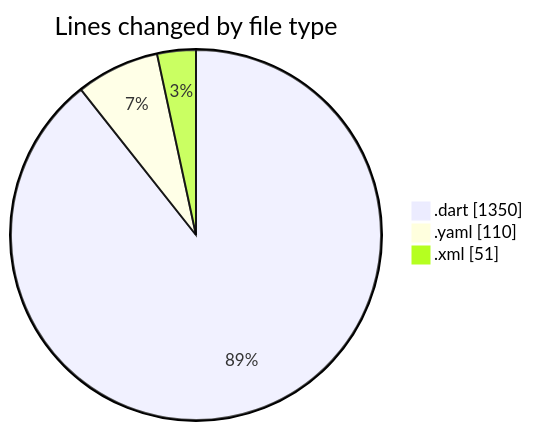
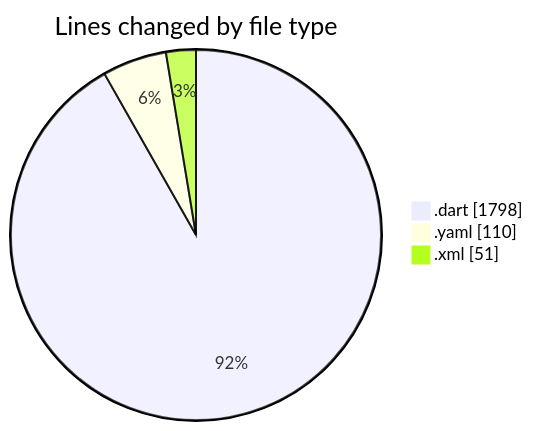
Before and after one commit to lephambinh05/code-tracking: the first of 2 diagrams in 2025-07-31/studybuddy/README.md, drawn with Mermaid. The commit also changed other lines of this file and 1 other file, not shown here.

````diff
--- a/2025-07-31/studybuddy/README.md
+++ b/2025-07-31/studybuddy/README.md
@@ -27,7 +30,7 @@
 ```mermaid
 pie showData
 title Lines changed by file type
-".dart" : 1350
+".dart" : 1798
 ".yaml" : 110
 ".xml" : 51
 ```
````
